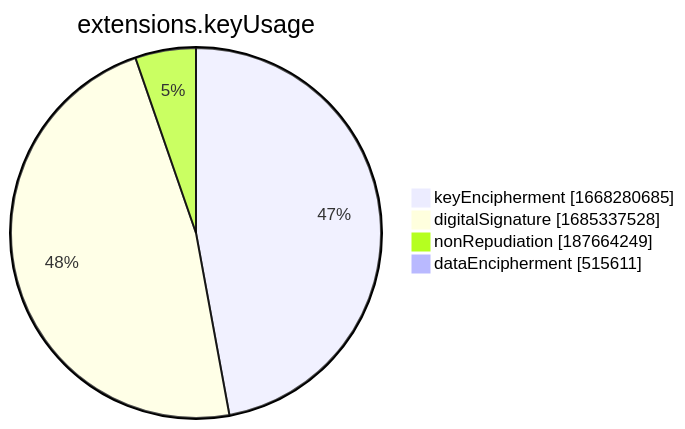
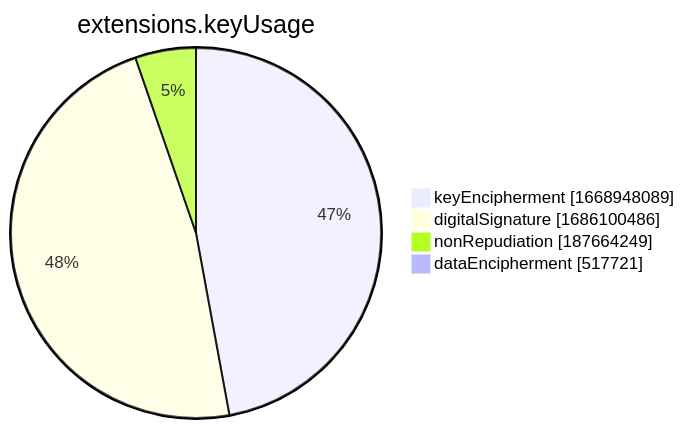
Before and after one commit to christiankrug/ctmonitor_visualization: the seventh of 15 diagrams in xenon2022/README.md, drawn with Mermaid. The commit also changed other lines of this file, not shown here.

````diff
--- a/xenon2022/README.md
+++ b/xenon2022/README.md
@@ -2857,8 +2857,8 @@
 ```mermaid
 pie showData
 title extensions.keyUsage
-"keyEncipherment" :1668280685
-"digitalSignature" :1685337528
+"keyEncipherment" :1668948089
+"digitalSignature" :1686100486
 "nonRepudiation" :187664249
-"dataEncipherment" :515611
+"dataEncipherment" :517721
 ```
````
